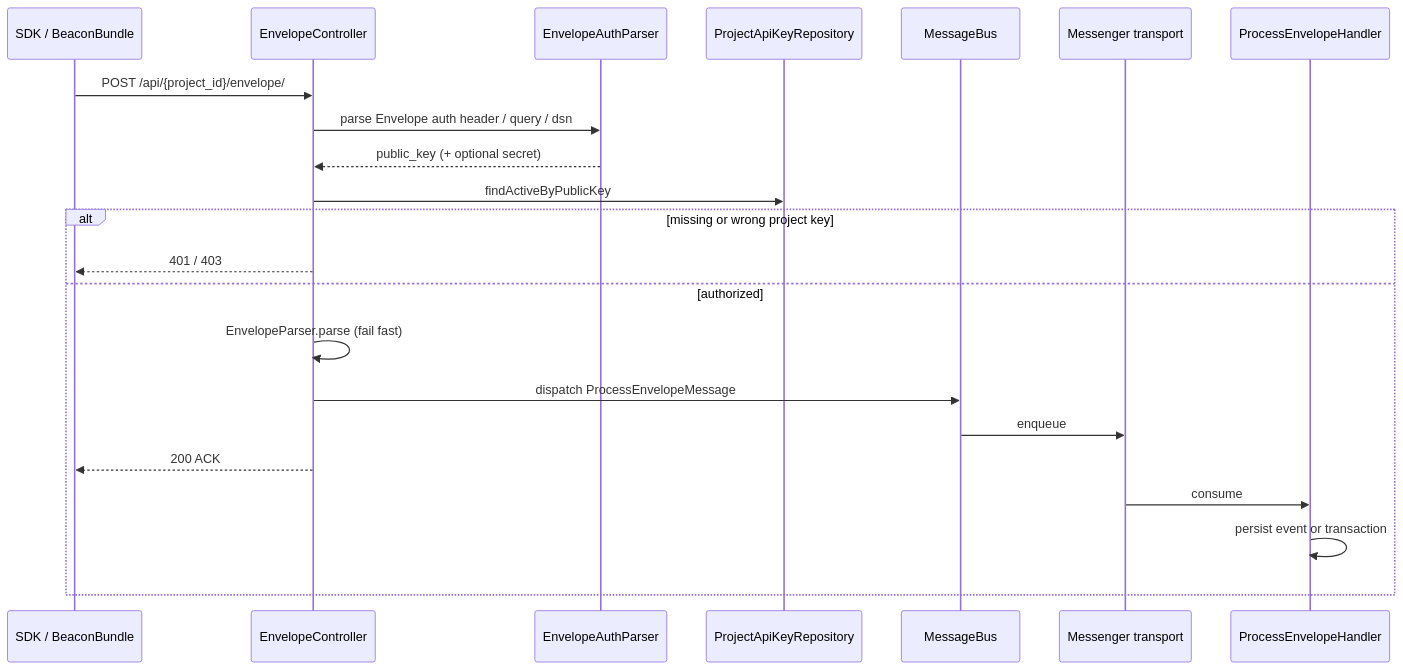
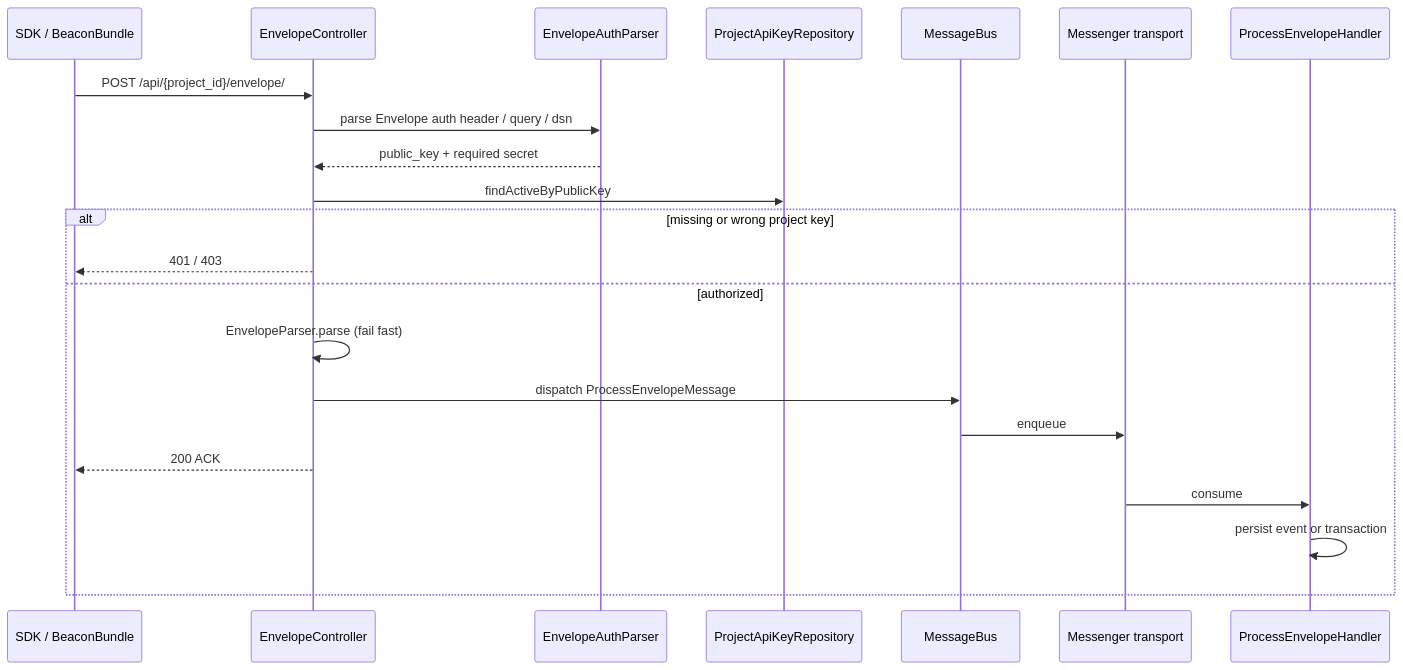
Before and after one commit to nowo-tech/symfony-beacon: the third of 7 diagrams in docs/ARCHITECTURE.md, drawn with Mermaid. The commit also changed other lines of this file and 224 other files, not shown here.

````diff
--- a/docs/ARCHITECTURE.md
+++ b/docs/ARCHITECTURE.md
@@ -167,25 +167,25 @@
 ```mermaid
 sequenceDiagram
   participant Client as SDK / BeaconBundle
   participant HTTP as EnvelopeController
   participant Auth as EnvelopeAuthParser
   participant Keys as ProjectApiKeyRepository
   participant Bus as MessageBus
   participant Q as Messenger transport
   participant Handler as ProcessEnvelopeHandler
 
   Client->>HTTP: POST /api/{project_id}/envelope/
   HTTP->>Auth: parse Envelope auth header / query / dsn
-  Auth-->>HTTP: public_key (+ optional secret)
+  Auth-->>HTTP: public_key + required secret
   HTTP->>Keys: findActiveByPublicKey
   alt missing or wrong project key
     HTTP-->>Client: 401 / 403
   else authorized
     HTTP->>HTTP: EnvelopeParser.parse (fail fast)
     HTTP->>Bus: dispatch ProcessEnvelopeMessage
     Bus->>Q: enqueue
     HTTP-->>Client: 200 ACK
     Q->>Handler: consume
     Handler->>Handler: persist event or transaction
   end
 ```
````
